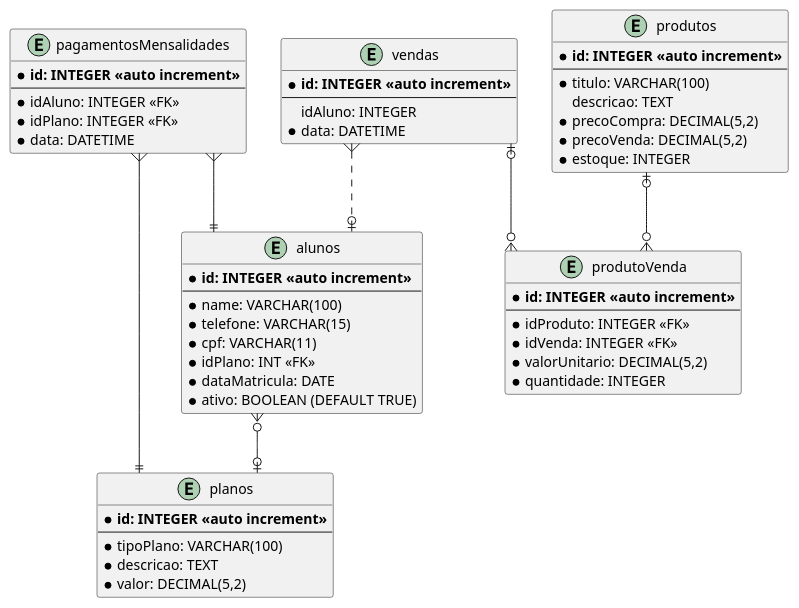
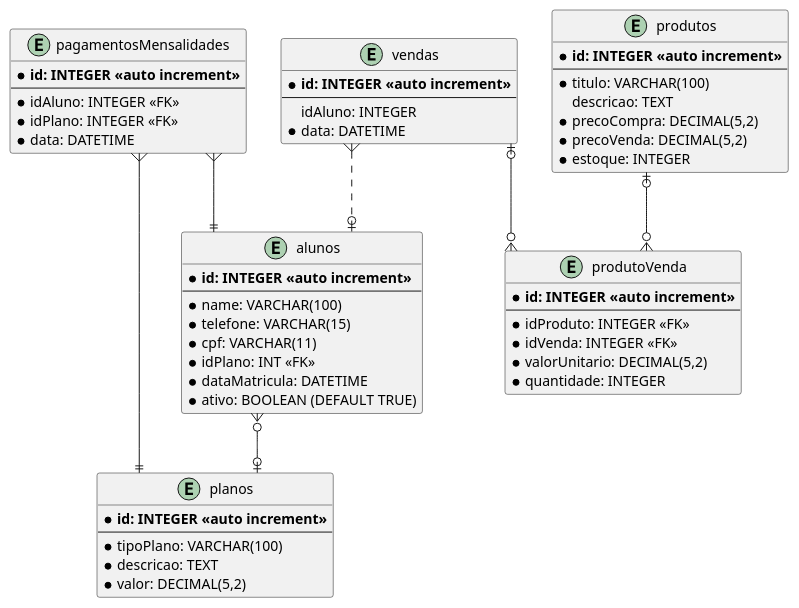
The diagram in Diagramas/BancoDeDados/bancoDeDados.puml (PI-2-semestre-DSM/app-acad), drawn with PlantUML before and after one commit. The commit also changed 2 other files, not shown here.

Commit message:
add: DB.sql test; fix: db diagram

```diff
--- a/Diagramas/BancoDeDados/bancoDeDados.puml
+++ b/Diagramas/BancoDeDados/bancoDeDados.puml
@@ -1,64 +1,64 @@
 @startuml TitaniumDBSchema
 skinparam linetype ortho
 
 entity "alunos" {
 * **id: INTEGER <<auto increment>>**
 --
 *name: VARCHAR(100)
 *telefone: VARCHAR(15)
 *cpf: VARCHAR(11)
 *idPlano: INT <<FK>>
-*dataMatricula: DATE
+*dataMatricula: DATETIME
 *ativo: BOOLEAN (DEFAULT TRUE)
 }
 
 entity "produtos" {
 * **id: INTEGER <<auto increment>>**
 --
 *titulo: VARCHAR(100)
  descricao: TEXT
 *precoCompra: DECIMAL(5,2)
 *precoVenda: DECIMAL(5,2)
 *estoque: INTEGER
 }
 
 
 entity "vendas" {
 * **id: INTEGER <<auto increment>>**
 --
  idAluno: INTEGER
 *data: DATETIME
 }
 
 entity "produtoVenda" {
 * **id: INTEGER <<auto increment>>**
 --
 *idProduto: INTEGER <<FK>>
 *idVenda: INTEGER <<FK>>
 *valorUnitario: DECIMAL(5,2)
 *quantidade: INTEGER
 }
 
 entity "planos" {
 * **id: INTEGER <<auto increment>>**
 --
 *tipoPlano: VARCHAR(100)
 *descricao: TEXT
 *valor: DECIMAL(5,2)
 }
 
 entity "pagamentosMensalidades" {
 * **id: INTEGER <<auto increment>>**
 --
 *idAluno: INTEGER <<FK>>
 *idPlano: INTEGER <<FK>>
 *data: DATETIME
 }
 
 alunos }o--o|planos
 vendas |o--o{ produtoVenda
 produtos |o--o{ produtoVenda
 pagamentosMensalidades }--|| alunos
 pagamentosMensalidades }--|| planos
 vendas }..o| alunos
 @enduml
```
